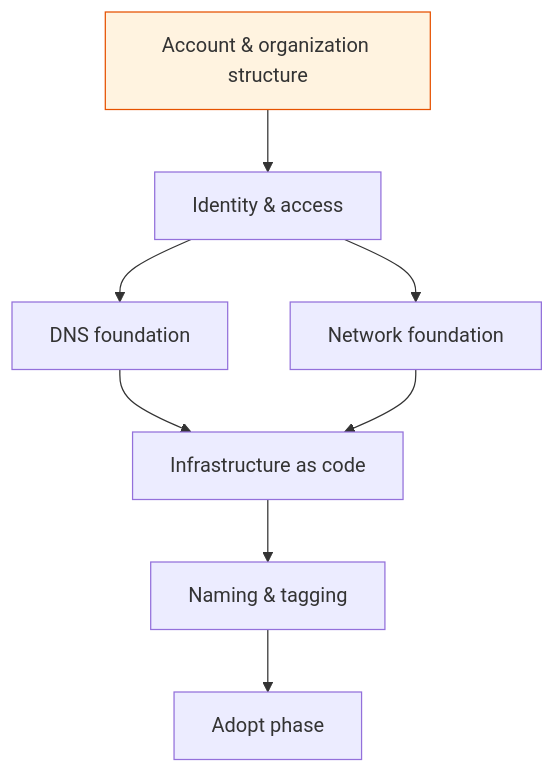
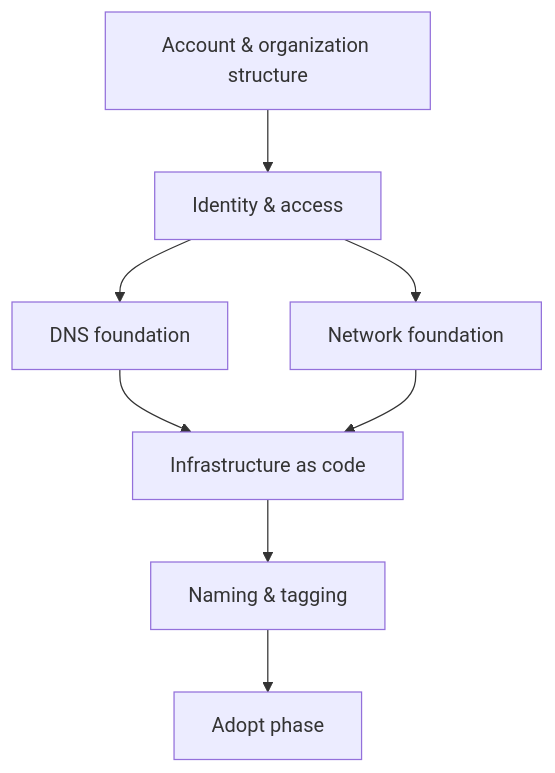
Before and after one commit to kevinevans1/cloudflare-adoption-framework: the diagram in docs/foundation/index.md, drawn with Mermaid. The commit also changed 12 other files, not shown here.

Commit message:
Remove hardcoded Mermaid node colors causing readability issues; let diagrams use Material's theme-aware rendering

````diff
--- a/docs/foundation/index.md
+++ b/docs/foundation/index.md
@@ -16,12 +16,11 @@
 ```mermaid
 flowchart TD
     A[Account & organization structure] --> B[Identity & access]
     B --> C[DNS foundation]
     B --> D[Network foundation]
     C --> E[Infrastructure as code]
     D --> E
     E --> F[Naming & tagging]
     F --> G[Adopt phase]
 
-    style A fill:#fff3e0,stroke:#e65100,stroke-width:1px
 ```
````
